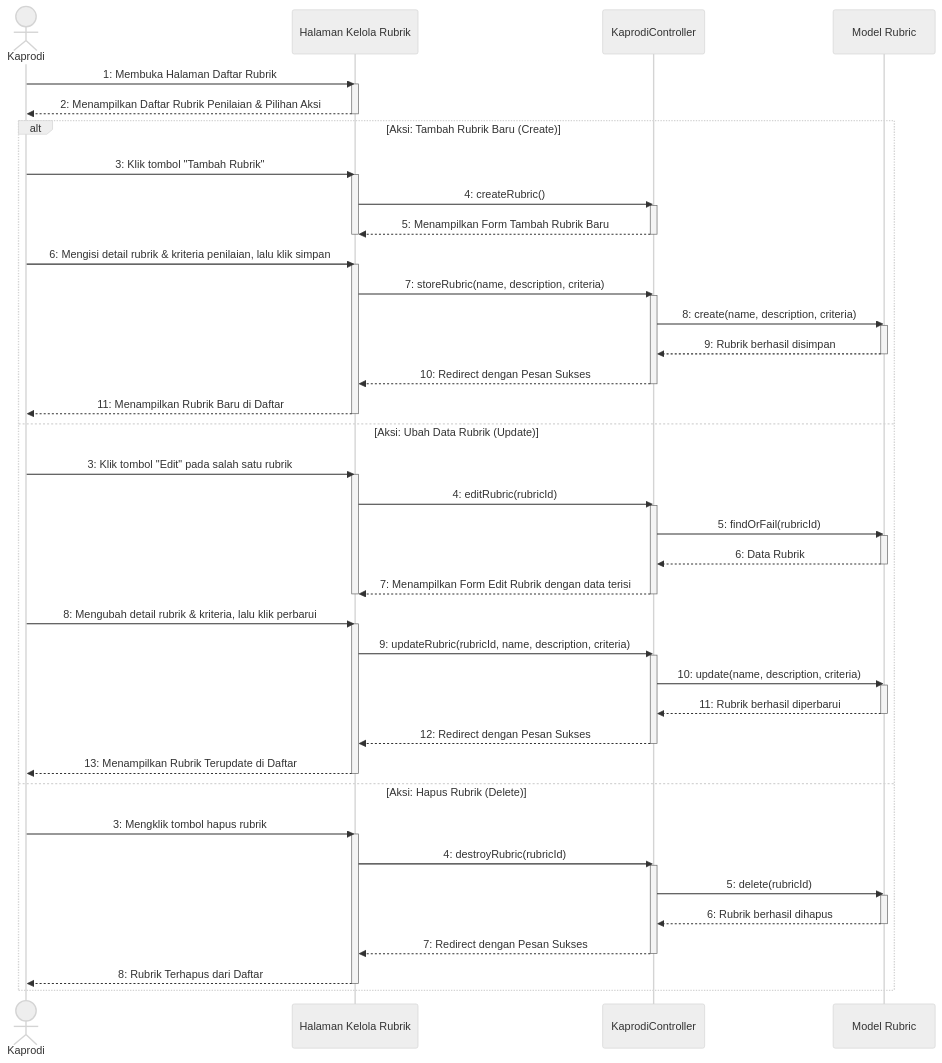
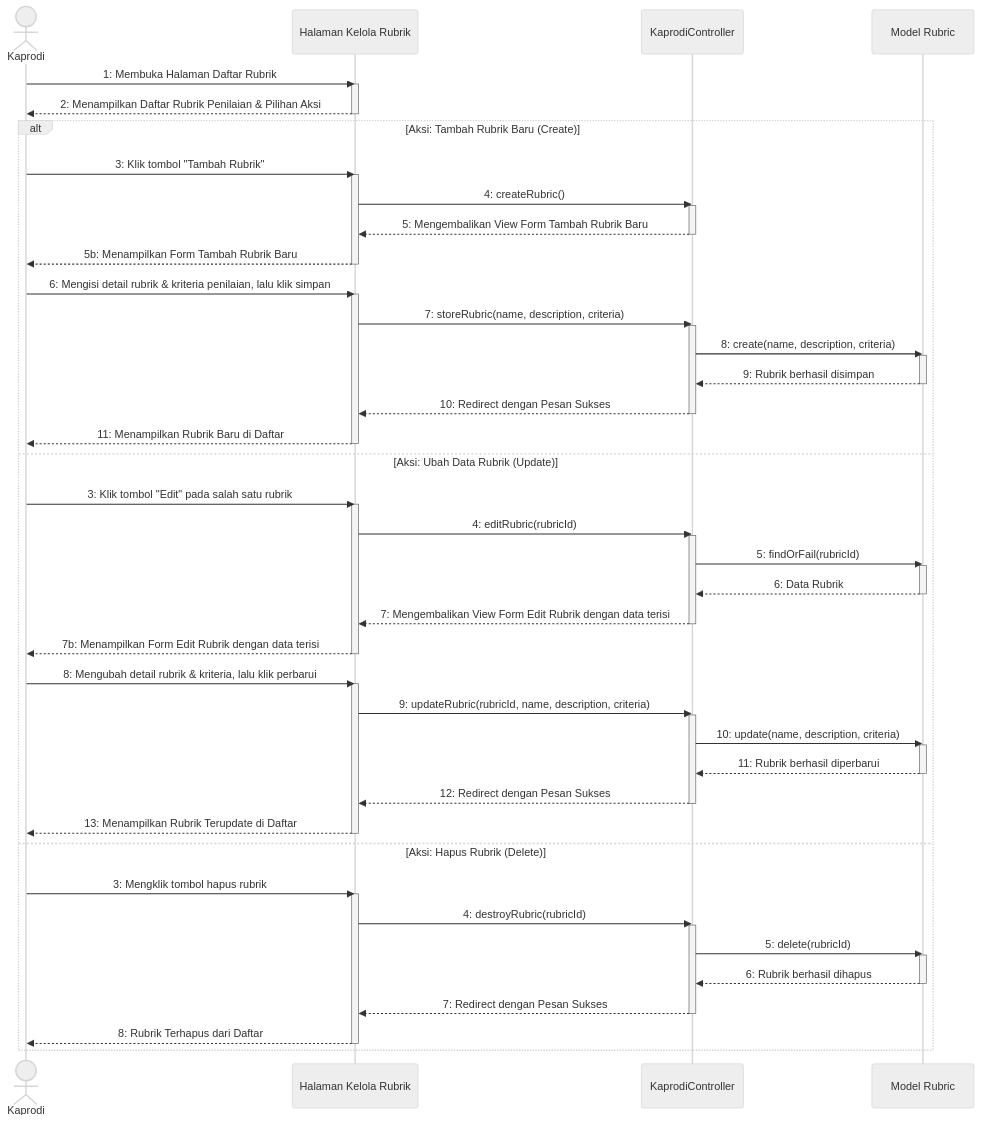
Before and after one commit to Duandi04/ta_submission: the diagram in docs/uml/Sequence Diagram/Kaprodi/sequence_diagram_kelola_rubrik_penilaian.md, drawn with Mermaid (neutral theme). The commit also changed 9 other files, not shown here.

Commit message:
refactor: standardize sequence diagrams by updating controller response flows and adding explicit service/facade participants

```diff
--- a/docs/uml/Sequence Diagram/Kaprodi/sequence_diagram_kelola_rubrik_penilaian.md
+++ b/docs/uml/Sequence Diagram/Kaprodi/sequence_diagram_kelola_rubrik_penilaian.md
@@ -25,8 +25,9 @@
         activate UI
         UI->>Ctrl: 4: createRubric()
         activate Ctrl
-        Ctrl-->>UI: 5: Menampilkan Form Tambah Rubrik Baru
+        Ctrl-->>UI: 5: Mengembalikan View Form Tambah Rubrik Baru
         deactivate Ctrl
+        UI-->>Kaprodi: 5b: Menampilkan Form Tambah Rubrik Baru
         deactivate UI
 
         Kaprodi->>UI: 6: Mengisi detail rubrik & kriteria penilaian, lalu klik simpan
@@ -51,8 +52,9 @@
         activate Model
         Model-->>Ctrl: 6: Data Rubrik
         deactivate Model
-        Ctrl-->>UI: 7: Menampilkan Form Edit Rubrik dengan data terisi
+        Ctrl-->>UI: 7: Mengembalikan View Form Edit Rubrik dengan data terisi
         deactivate Ctrl
+        UI-->>Kaprodi: 7b: Menampilkan Form Edit Rubrik dengan data terisi
         deactivate UI
 
         Kaprodi->>UI: 8: Mengubah detail rubrik & kriteria, lalu klik perbarui
```
